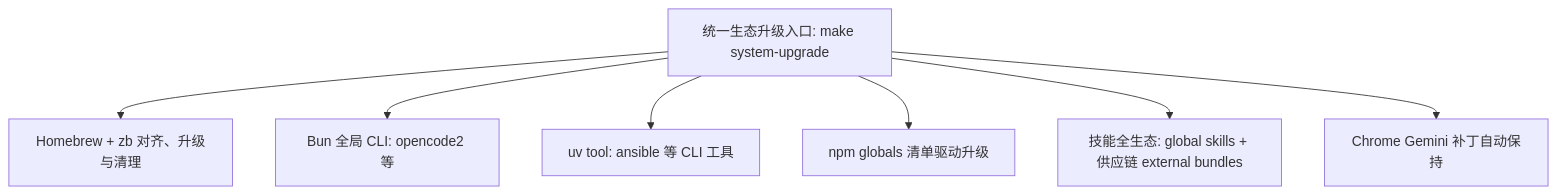
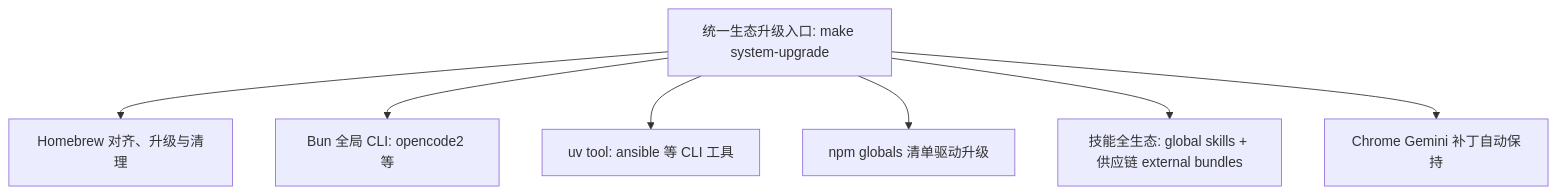
Before and after one commit to suainam/mac-bootstrap-template: the diagram in README.md, drawn with Mermaid. The commit also changed other lines of this file and 21 other files, not shown here.

````diff
--- a/README.md
+++ b/README.md
@@ -210,9 +210,9 @@
 ```mermaid
 flowchart TD
-    All[统一生态升级入口: make system-upgrade] --> Brew[Homebrew + zb 对齐、升级与清理]
+    All[统一生态升级入口: make system-upgrade] --> Brew[Homebrew 对齐、升级与清理]
     All --> Bun[Bun 全局 CLI: opencode2 等]
     All --> UV[uv tool: ansible 等 CLI 工具]
     All --> NPM[npm globals 清单驱动升级]
     All --> Skills[技能全生态: global skills + 供应链 external bundles]
     All --> Chrome[Chrome Gemini 补丁自动保持]
 ```
````
